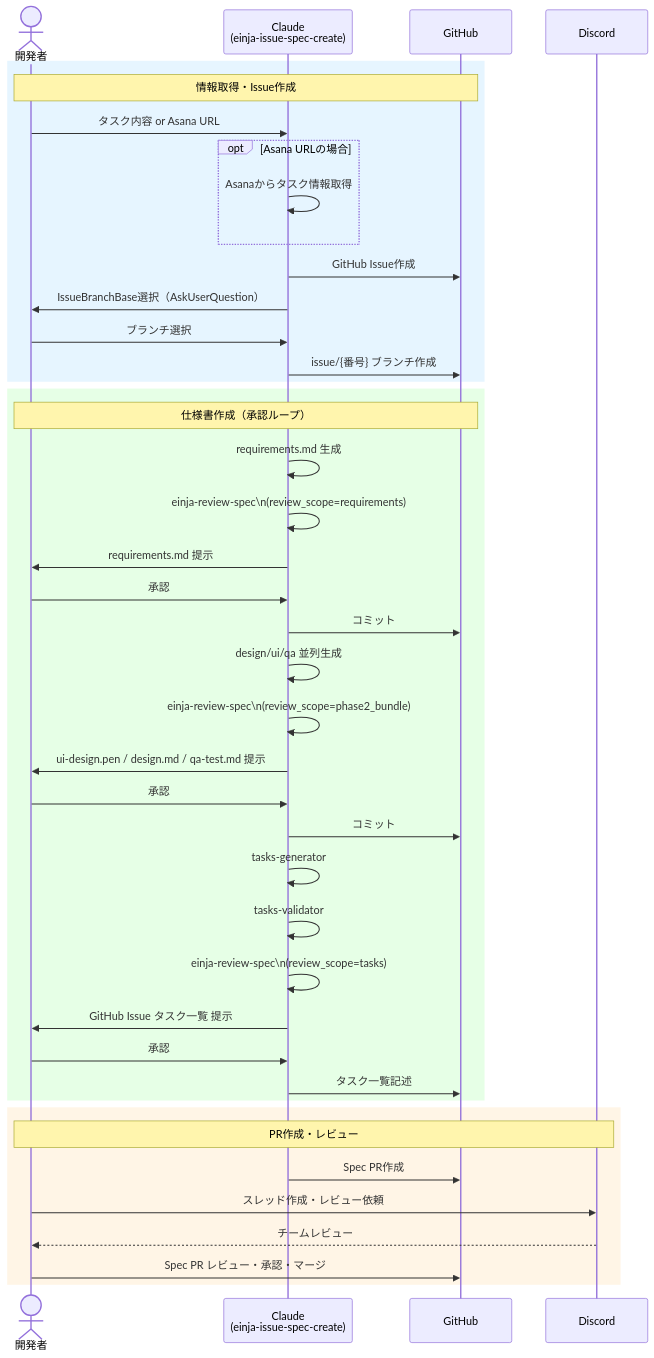
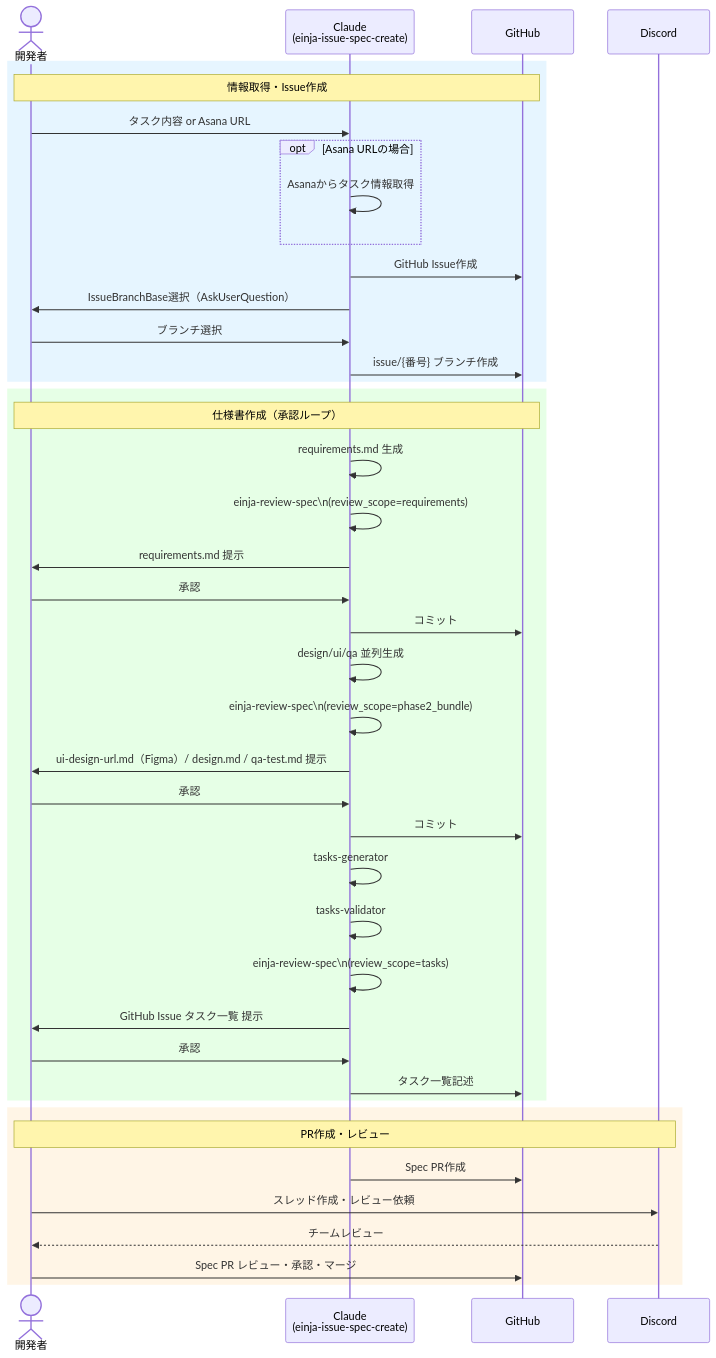
The third of 7 diagrams in docs/einja/steering/development-workflow.md (einja-inc/einja-management-template), drawn with Mermaid before and after one commit. The commit also changed other lines of this file and 6 other files, not shown here.

````diff
--- a/docs/einja/steering/development-workflow.md
+++ b/docs/einja/steering/development-workflow.md
@@ -140,49 +140,49 @@
 ```mermaid
 sequenceDiagram
     actor Dev as 開発者
     participant Claude as Claude<br/>(einja-issue-spec-create)
     participant GH as GitHub
     participant Discord
 
     rect rgb(230, 245, 255)
         Note over Dev,GH: 情報取得・Issue作成
         Dev->>Claude: タスク内容 or Asana URL
         opt Asana URLの場合
             Claude->>Claude: Asanaからタスク情報取得
         end
         Claude->>GH: GitHub Issue作成
         Claude->>Dev: IssueBranchBase選択（AskUserQuestion）
         Dev->>Claude: ブランチ選択
         Claude->>GH: issue/{番号} ブランチ作成
     end
 
     rect rgb(230, 255, 230)
         Note over Dev,GH: 仕様書作成（承認ループ）
         Claude->>Claude: requirements.md 生成
         Claude->>Claude: einja-review-spec\n(review_scope=requirements)
         Claude->>Dev: requirements.md 提示
         Dev->>Claude: 承認
         Claude->>GH: コミット
 
         Claude->>Claude: design/ui/qa 並列生成
         Claude->>Claude: einja-review-spec\n(review_scope=phase2_bundle)
-        Claude->>Dev: ui-design.pen / design.md / qa-test.md 提示
+        Claude->>Dev: ui-design-url.md（Figma）/ design.md / qa-test.md 提示
         Dev->>Claude: 承認
         Claude->>GH: コミット
 
         Claude->>Claude: tasks-generator
         Claude->>Claude: tasks-validator
         Claude->>Claude: einja-review-spec\n(review_scope=tasks)
         Claude->>Dev: GitHub Issue タスク一覧 提示
         Dev->>Claude: 承認
         Claude->>GH: タスク一覧記述
     end
 
     rect rgb(255, 245, 230)
         Note over Dev,Discord: PR作成・レビュー
         Claude->>GH: Spec PR作成
         Dev->>Discord: スレッド作成・レビュー依頼
         Discord-->>Dev: チームレビュー
         Dev->>GH: Spec PR レビュー・承認・マージ
     end
 ```
````
